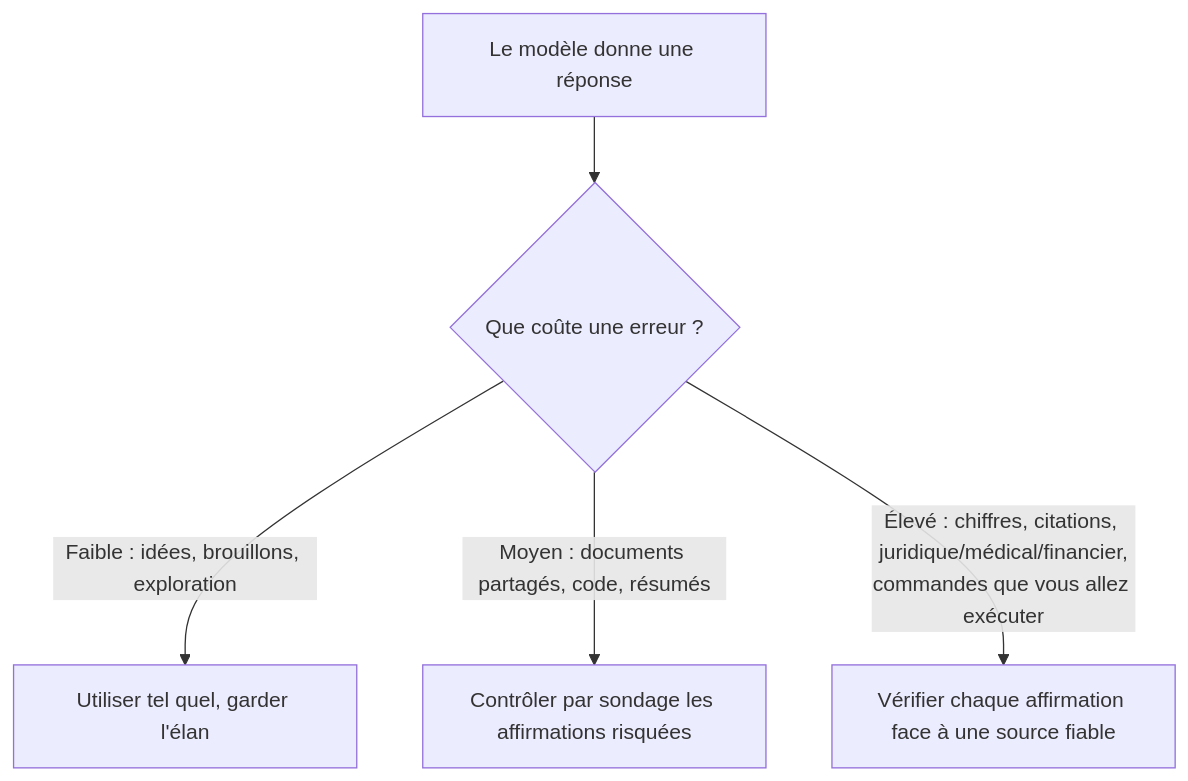
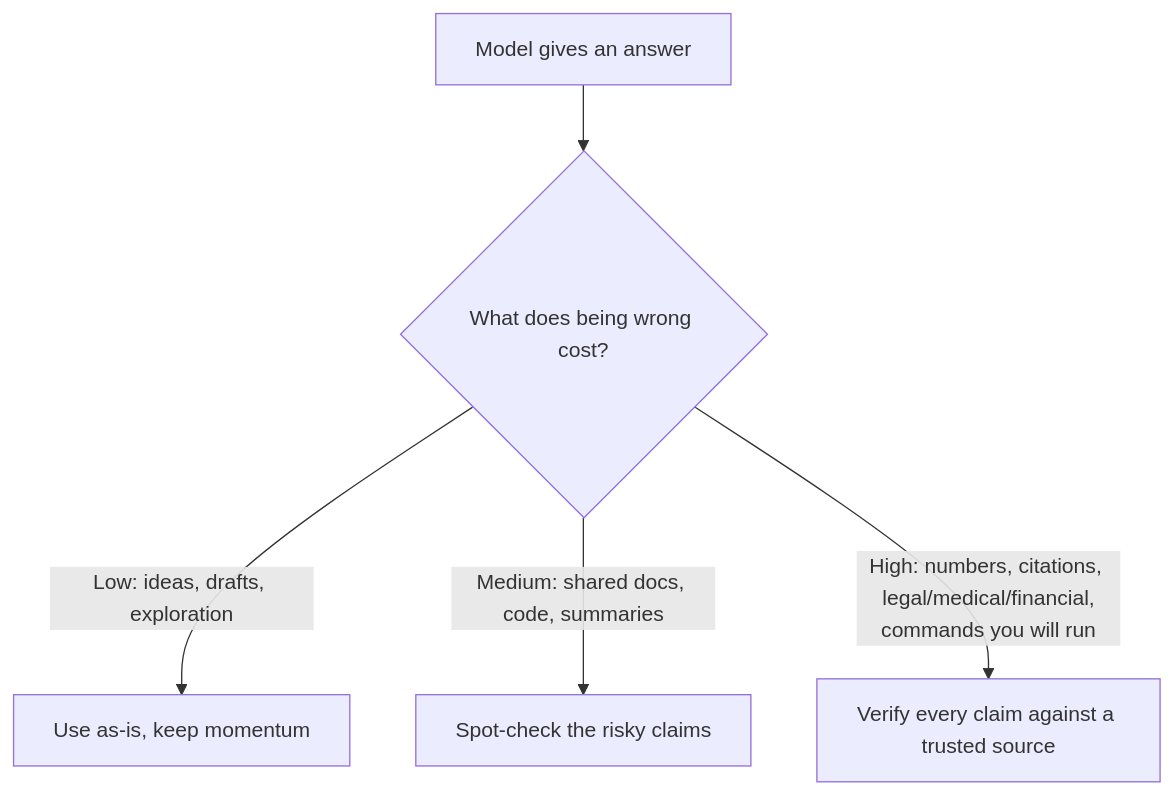
One commit to derob98/ailmanac changed the diagram in i18n/fr/docusaurus-plugin-content-docs/current/foundations/hallucinations.mdx. Above: the diagram before and after it, drawn with Mermaid. The commit also changed other lines of this file and 5 other files, not shown here.

````diff
--- a/i18n/fr/docusaurus-plugin-content-docs/current/foundations/hallucinations.mdx
+++ b/i18n/fr/docusaurus-plugin-content-docs/current/foundations/hallucinations.mdx
@@ -65,7 +67,7 @@
 ```mermaid
 flowchart TD
-  A[Le modèle donne une réponse] --> B{Que coûte une erreur ?}
-  B -->|Faible : idées, brouillons, exploration| C[Utiliser tel quel, garder l'élan]
-  B -->|Moyen : documents partagés, code, résumés| D[Contrôler par sondage les affirmations risquées]
-  B -->|Élevé : chiffres, citations, juridique/médical/financier,<br/>commandes que vous allez exécuter| E[Vérifier chaque affirmation face à une source fiable]
+  A[Model gives an answer] --> B{What does being wrong cost?}
+  B -->|Low: ideas, drafts, exploration| C[Use as-is, keep momentum]
+  B -->|Medium: shared docs, code, summaries| D[Spot-check the risky claims]
+  B -->|High: numbers, citations, legal/medical/financial,<br/>commands you will run| E[Verify every claim against a trusted source]
 ```
````
